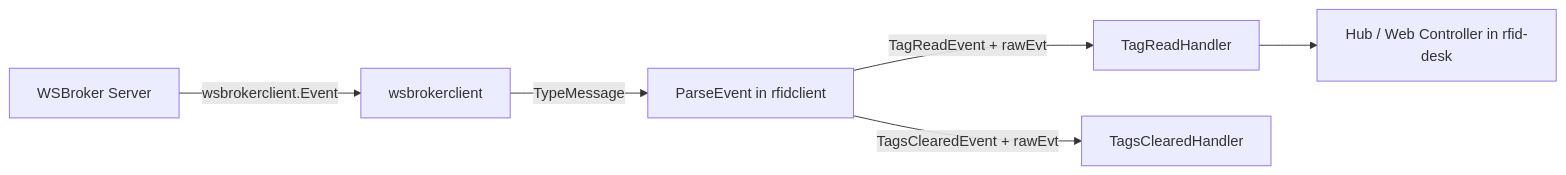
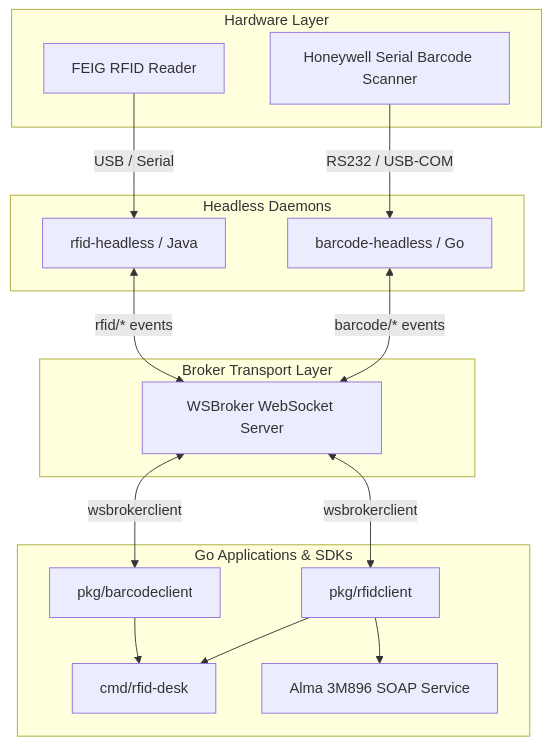
Before and after one commit to je4/Library-RFID-Apps: the diagram in README.md, drawn with Mermaid. The commit also changed other lines of this file and 6 other files, not shown here.

Commit message:
"Add standard WebSocket message protocol documentation and update RFID/Barcode event handling in `pkg/rfidclient`"

````diff
--- a/README.md
+++ b/README.md
@@ -46,8 +22,36 @@
 ```mermaid
-graph LR
-    WS[WSBroker Server] -->|wsbrokerclient.Event| BC[wsbrokerclient]
-    BC -->|TypeMessage| PE[ParseEvent in rfidclient]
-    PE -->|TagReadEvent + rawEvt| TRH[TagReadHandler]
-    PE -->|TagsClearedEvent + rawEvt| TCH[TagsClearedHandler]
-    TRH --> DeskHub[Hub / Web Controller in rfid-desk]
+graph TD
+    subgraph Hardware Layer
+        HW_RFID[FEIG RFID Reader]
+        HW_BARCODE[Honeywell Serial Barcode Scanner]
+    end
+
+    subgraph Headless Daemons
+        HL_RFID[rfid-headless / Java]
+        HL_BARCODE[barcode-headless / Go]
+    end
+
+    subgraph Broker Transport Layer
+        WS[WSBroker WebSocket Server]
+    end
+
+    subgraph Go Applications & SDKs
+        BC_CLIENT[pkg/barcodeclient]
+        RFID_CLIENT[pkg/rfidclient]
+        DESK_APP[cmd/rfid-desk]
+        ALMA_SOAP[Alma 3M896 SOAP Service]
+    end
+
+    HW_RFID -->|USB / Serial| HL_RFID
+    HW_BARCODE -->|RS232 / USB-COM| HL_BARCODE
+
+    HL_RFID <-->|rfid/* events| WS
+    HL_BARCODE <-->|barcode/* events| WS
+
+    WS <-->|wsbrokerclient| BC_CLIENT
+    WS <-->|wsbrokerclient| RFID_CLIENT
+
+    BC_CLIENT --> DESK_APP
+    RFID_CLIENT --> DESK_APP
+    RFID_CLIENT --> ALMA_SOAP
 ```
````
